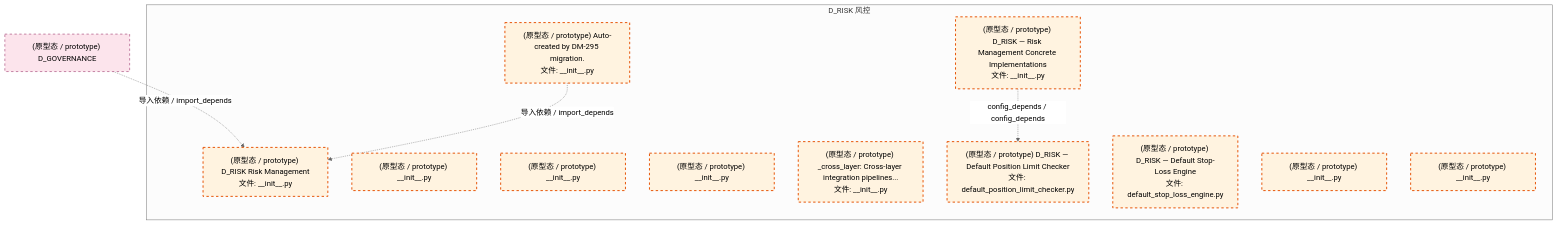
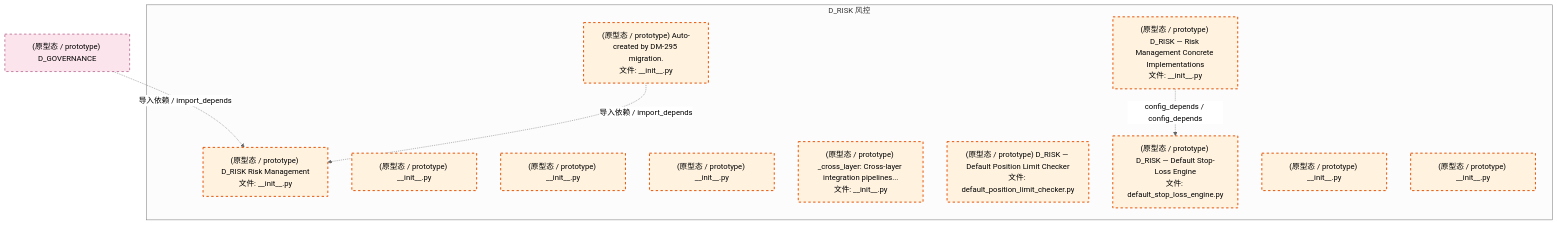
Before and after one commit to xuanFelixVan/ZephyrAlpha: the third of 4 diagrams in docs/02_enterprise_architecture/02_domain_architecture_docs/46_d_risk.md, drawn with Mermaid (neutral theme). The commit also changed other lines of this file and 99 other files, not shown here.

````diff
--- a/docs/02_enterprise_architecture/02_domain_architecture_docs/46_d_risk.md
+++ b/docs/02_enterprise_architecture/02_domain_architecture_docs/46_d_risk.md
@@ -205,26 +205,26 @@
 ```mermaid
 graph TD
     subgraph D_RISK["D_RISK 风控"]
         src_zephyr_risk_init_py["(原型态 / prototype) D_RISK Risk Management<br/>文件: __init__.py"]
         src_zephyr_risk_extensions_init_py["(原型态 / prototype) __init__.py"]
         src_zephyr_risk_api_init_py["(原型态 / prototype) __init__.py"]
         src_zephyr_risk_core_init_py["(原型态 / prototype) __init__.py"]
         src_zephyr_risk_cross_asset_init_py["(原型态 / prototype) Auto-created by DM-295 migration.<br/>文件: __init__.py"]
         src_zephyr_risk_cross_asset_cross_market_data_adapter_init_py["(原型态 / prototype) _cross_layer: Cross-layer integration pipelines...<br/>文件: __init__.py"]
         src_zephyr_risk_implementations_init_py["(原型态 / prototype) D_RISK — Risk Management Concrete Implementations<br/>文件: __init__.py"]
         src_zephyr_risk_implementations_default_position_limit_checker_py["(原型态 / prototype) D_RISK — Default Position Limit Checker<br/>文件: default_position_limit_checker.py"]
         src_zephyr_risk_implementations_default_stop_loss_engine_py["(原型态 / prototype) D_RISK — Default Stop-Loss Engine<br/>文件: default_stop_loss_engine.py"]
         src_zephyr_risk_infrastructure_init_py["(原型态 / prototype) __init__.py"]
         src_zephyr_risk_services_init_py["(原型态 / prototype) __init__.py"]
     end
     src_zephyr_risk_cross_asset_init_py -.->|导入依赖 / import_depends| src_zephyr_risk_init_py
-    src_zephyr_risk_implementations_init_py -.->|config_depends / config_depends| src_zephyr_risk_implementations_default_position_limit_checker_py
+    src_zephyr_risk_implementations_init_py -.->|config_depends / config_depends| src_zephyr_risk_implementations_default_stop_loss_engine_py
     D_GOVERNANCE["(原型态 / prototype) D_GOVERNANCE"]
     D_GOVERNANCE -.->|导入依赖 / import_depends| src_zephyr_risk_init_py
     classDef production fill:#e1f5fe,stroke:#01579b,stroke-width:2px,color:#000
     classDef design fill:#fff3e0,stroke:#e65100,stroke-width:2px,color:#000,stroke-dasharray: 5 5
     classDef external_prod fill:#e8f5e9,stroke:#1b5e20,stroke-width:1px,color:#000
     classDef external_design fill:#fce4ec,stroke:#880e4f,stroke-width:1px,color:#000,stroke-dasharray: 5 5
     class src_zephyr_risk_init_py,src_zephyr_risk_extensions_init_py,src_zephyr_risk_api_init_py,src_zephyr_risk_core_init_py,src_zephyr_risk_cross_asset_init_py,src_zephyr_risk_cross_asset_cross_market_data_adapter_init_py,src_zephyr_risk_implementations_init_py,src_zephyr_risk_implementations_default_position_limit_checker_py,src_zephyr_risk_implementations_default_stop_loss_engine_py,src_zephyr_risk_infrastructure_init_py,src_zephyr_risk_services_init_py design
     class D_GOVERNANCE external_design
 ```
````
